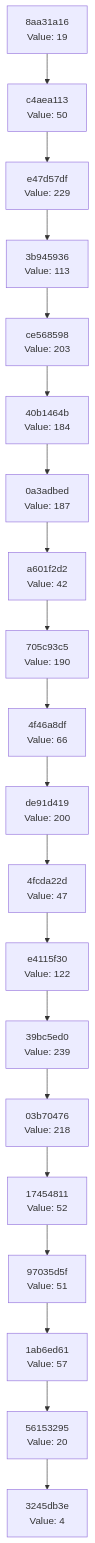
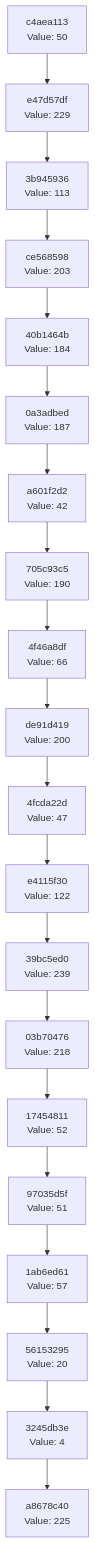
Before and after one commit to Abhisheksinha1506/hash-chain-evolver: the diagram in docs/CHAIN_VISUALIZATION.md, drawn with Mermaid. The commit also changed 2 other files, not shown here.

Commit message:
Evolution step: hash 0xE1 → action executed

````diff
--- a/docs/CHAIN_VISUALIZATION.md
+++ b/docs/CHAIN_VISUALIZATION.md
@@ -3,42 +3,42 @@
 ```mermaid
 graph TD
-    C0["3245db3e<br/>Value: 4"]
-    C1["56153295<br/>Value: 20"]
+    C0["a8678c40<br/>Value: 225"]
+    C1["3245db3e<br/>Value: 4"]
     C1 --> C0
-    C2["1ab6ed61<br/>Value: 57"]
+    C2["56153295<br/>Value: 20"]
     C2 --> C1
-    C3["97035d5f<br/>Value: 51"]
+    C3["1ab6ed61<br/>Value: 57"]
     C3 --> C2
-    C4["17454811<br/>Value: 52"]
+    C4["97035d5f<br/>Value: 51"]
     C4 --> C3
-    C5["03b70476<br/>Value: 218"]
+    C5["17454811<br/>Value: 52"]
     C5 --> C4
-    C6["39bc5ed0<br/>Value: 239"]
+    C6["03b70476<br/>Value: 218"]
     C6 --> C5
-    C7["e4115f30<br/>Value: 122"]
+    C7["39bc5ed0<br/>Value: 239"]
     C7 --> C6
-    C8["4fcda22d<br/>Value: 47"]
+    C8["e4115f30<br/>Value: 122"]
     C8 --> C7
-    C9["de91d419<br/>Value: 200"]
+    C9["4fcda22d<br/>Value: 47"]
     C9 --> C8
-    C10["4f46a8df<br/>Value: 66"]
+    C10["de91d419<br/>Value: 200"]
     C10 --> C9
-    C11["705c93c5<br/>Value: 190"]
+    C11["4f46a8df<br/>Value: 66"]
     C11 --> C10
-    C12["a601f2d2<br/>Value: 42"]
+    C12["705c93c5<br/>Value: 190"]
     C12 --> C11
-    C13["0a3adbed<br/>Value: 187"]
+    C13["a601f2d2<br/>Value: 42"]
     C13 --> C12
-    C14["40b1464b<br/>Value: 184"]
+    C14["0a3adbed<br/>Value: 187"]
     C14 --> C13
-    C15["ce568598<br/>Value: 203"]
+    C15["40b1464b<br/>Value: 184"]
     C15 --> C14
-    C16["3b945936<br/>Value: 113"]
+    C16["ce568598<br/>Value: 203"]
     C16 --> C15
-    C17["e47d57df<br/>Value: 229"]
+    C17["3b945936<br/>Value: 113"]
     C17 --> C16
-    C18["c4aea113<br/>Value: 50"]
+    C18["e47d57df<br/>Value: 229"]
     C18 --> C17
-    C19["8aa31a16<br/>Value: 19"]
+    C19["c4aea113<br/>Value: 50"]
     C19 --> C18
 ```
````
